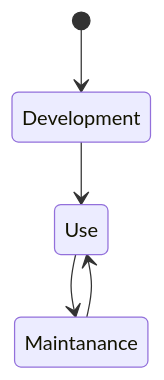
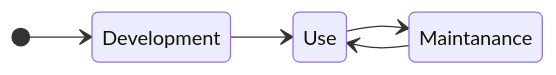
The first of 2 diagrams in computer science an overview/Chapter 7 Software Engineerig.MD (tsimeonov/Computer-Science), drawn with Mermaid before and after one commit. The commit also changed other lines of this file, not shown here.

````diff
--- a/computer science an overview/Chapter 7 Software Engineerig.MD
+++ b/computer science an overview/Chapter 7 Software Engineerig.MD
@@ -11,7 +11,8 @@
 ```mermaid
 stateDiagram-v2
+direction LR
 [*] --> Development
 Development --> Use
 Use --> Maintanance
 Maintanance --> Use
 ```
````
